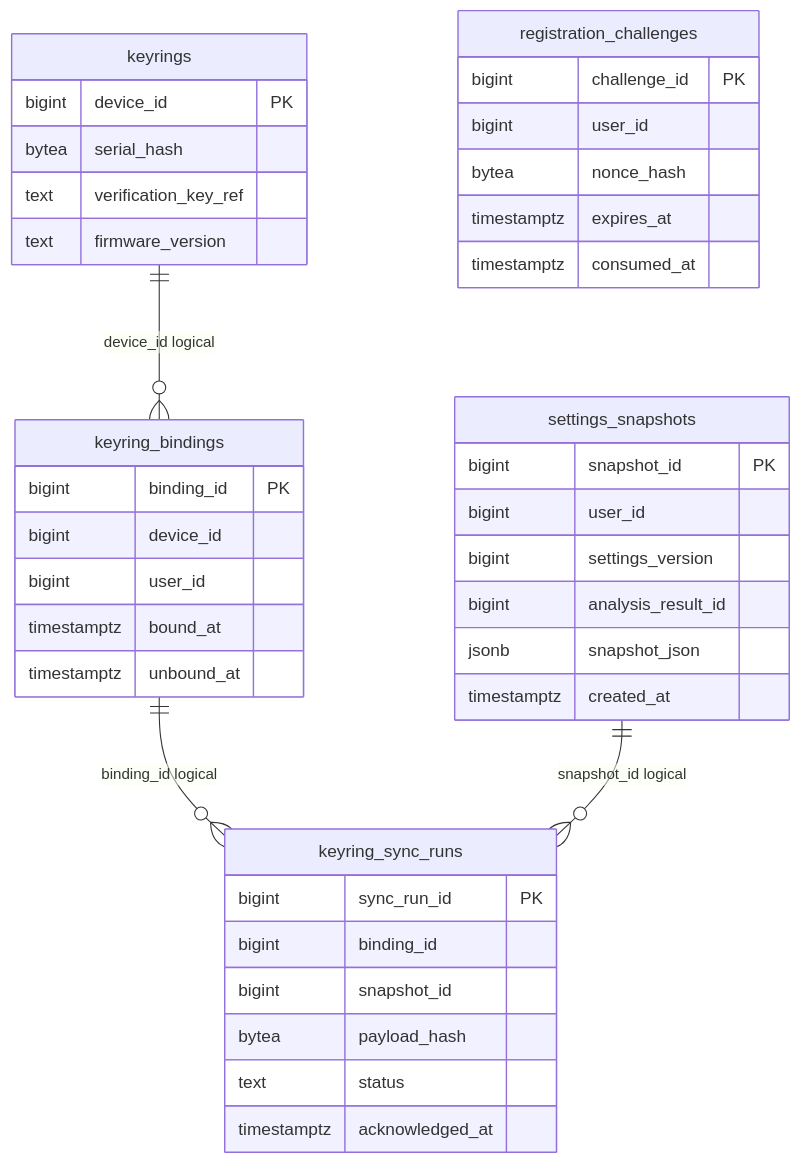
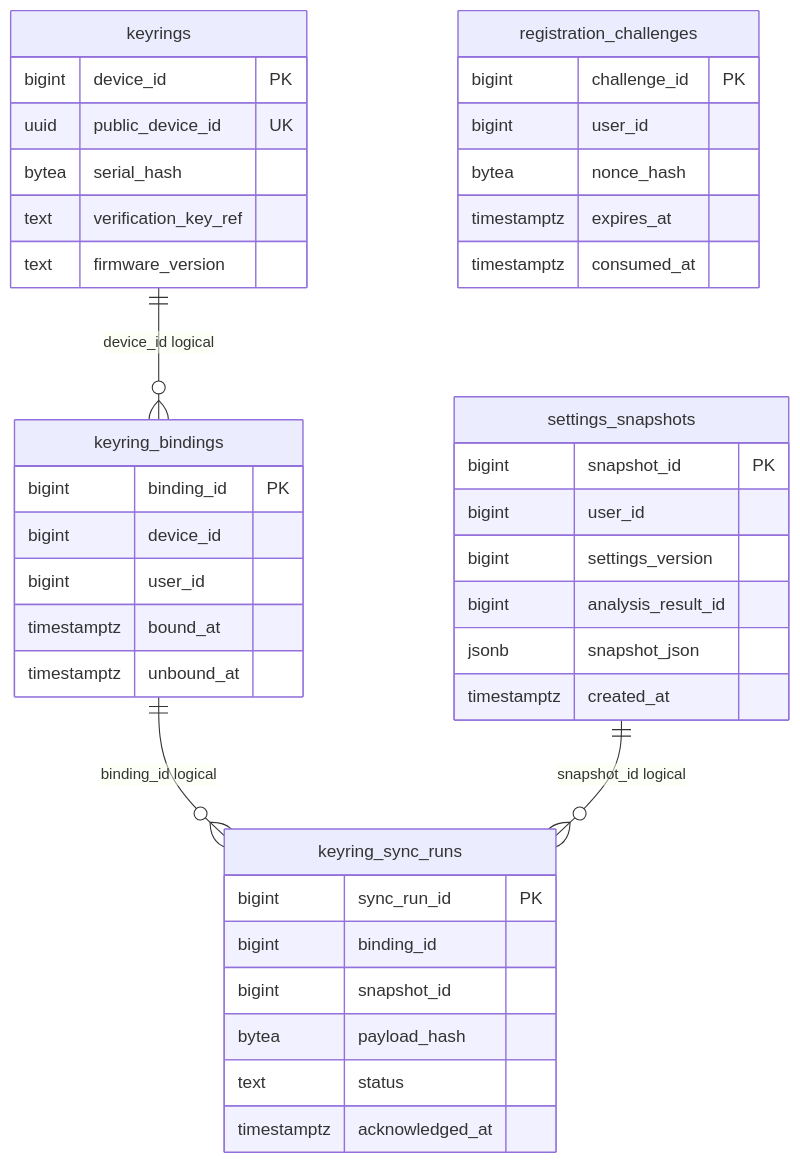
One commit to j-moo/Tingle changed the second of 4 diagrams in docs/database/erd.md. Above: the diagram before and after it, drawn with Mermaid. The commit also changed other lines of this file and 22 other files, not shown here.

````diff
--- a/docs/database/erd.md
+++ b/docs/database/erd.md
@@ -110,42 +110,43 @@
 ```mermaid
 erDiagram
     keyrings {
         bigint device_id PK
+        uuid public_device_id UK
         bytea serial_hash
         text verification_key_ref
         text firmware_version
     }
     keyring_bindings {
         bigint binding_id PK
         bigint device_id
         bigint user_id
         timestamptz bound_at
         timestamptz unbound_at
     }
     registration_challenges {
         bigint challenge_id PK
         bigint user_id
         bytea nonce_hash
         timestamptz expires_at
         timestamptz consumed_at
     }
     keyring_sync_runs {
         bigint sync_run_id PK
         bigint binding_id
         bigint snapshot_id
         bytea payload_hash
         text status
         timestamptz acknowledged_at
     }
     settings_snapshots {
         bigint snapshot_id PK
         bigint user_id
         bigint settings_version
         bigint analysis_result_id
         jsonb snapshot_json
         timestamptz created_at
     }
     keyrings ||--o{ keyring_bindings : "device_id logical"
     keyring_bindings ||--o{ keyring_sync_runs : "binding_id logical"
     settings_snapshots ||--o{ keyring_sync_runs : "snapshot_id logical"
 ```
````
